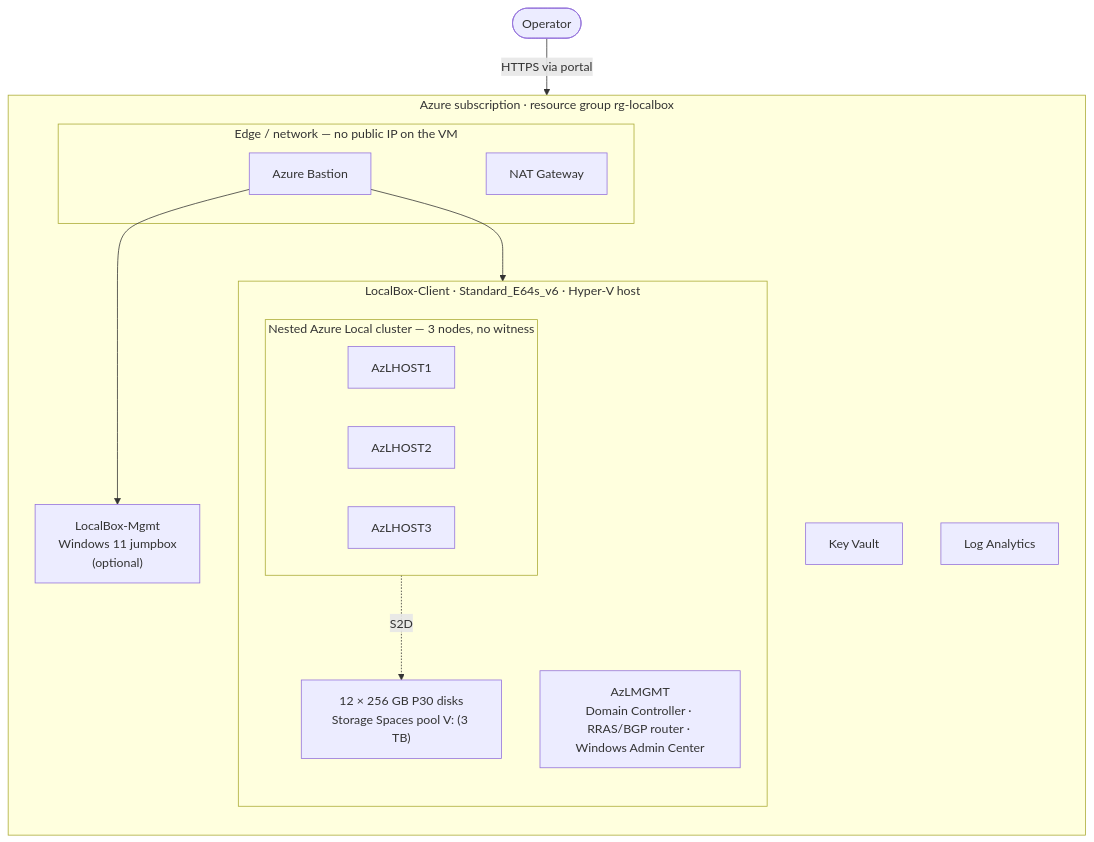
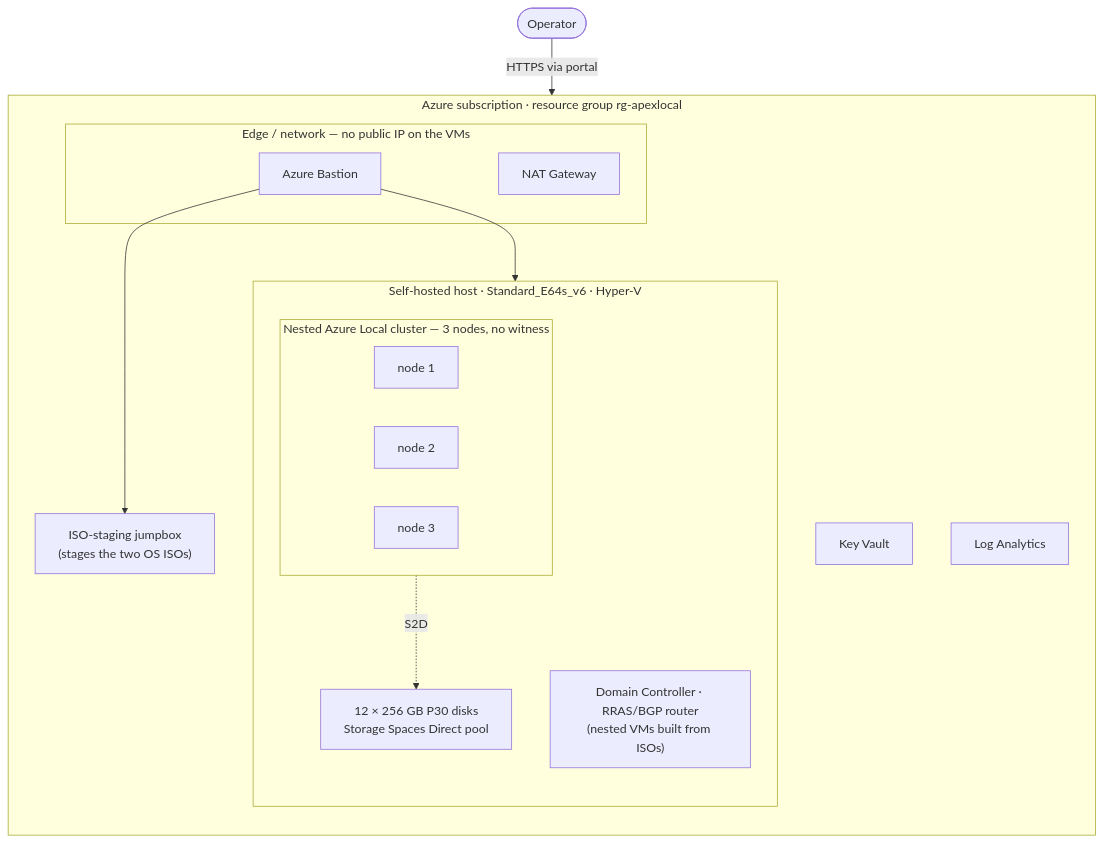
Before and after one commit to jonathan-vella/apex-localops: the diagram in docs/README.md, drawn with Mermaid. The commit also changed other lines of this file and 76 other files, not shown here.

First line of the commit message:
Retire the LocalBox (Arc Jumpstart) profile; Self-hosted is now primary (v2.0.0)

````diff
--- a/docs/README.md
+++ b/docs/README.md
@@ -40,34 +39,34 @@
 ```mermaid
 flowchart TB
     User(["Operator"])
 
-    subgraph RG["Azure subscription · resource group rg-localbox"]
+    subgraph RG["Azure subscription · resource group rg-apexlocal"]
         direction TB
 
-        subgraph Edge["Edge / network — no public IP on the VM"]
+        subgraph Edge["Edge / network — no public IP on the VMs"]
             Bastion["Azure Bastion"]
             NAT["NAT Gateway"]
         end
 
         KV["Key Vault"]
         LAW["Log Analytics"]
-        Jump["LocalBox-Mgmt<br/>Windows 11 jumpbox<br/>(optional)"]
+        Jump["ISO-staging jumpbox<br/>(stages the two OS ISOs)"]
 
-        subgraph Host["LocalBox-Client · Standard_E64s_v6 · Hyper-V host"]
+        subgraph Host["Self-hosted host · Standard_E64s_v6 · Hyper-V"]
             direction TB
             subgraph Cluster["Nested Azure Local cluster — 3 nodes, no witness"]
                 direction LR
-                H1["AzLHOST1"]
-                H2["AzLHOST2"]
-                H3["AzLHOST3"]
+                H1["node 1"]
+                H2["node 2"]
+                H3["node 3"]
             end
-            Mgmt["AzLMGMT<br/>Domain Controller · RRAS/BGP router · Windows Admin Center"]
-            Pool["12 × 256 GB P30 disks<br/>Storage Spaces pool V: (3 TB)"]
+            Mgmt["Domain Controller · RRAS/BGP router<br/>(nested VMs built from ISOs)"]
+            Pool["12 × 256 GB P30 disks<br/>Storage Spaces Direct pool"]
         end
     end
 
     User -->|HTTPS via portal| Bastion
     Bastion --> Host
     Bastion --> Jump
     Cluster -. S2D .-> Pool
 ```
````
